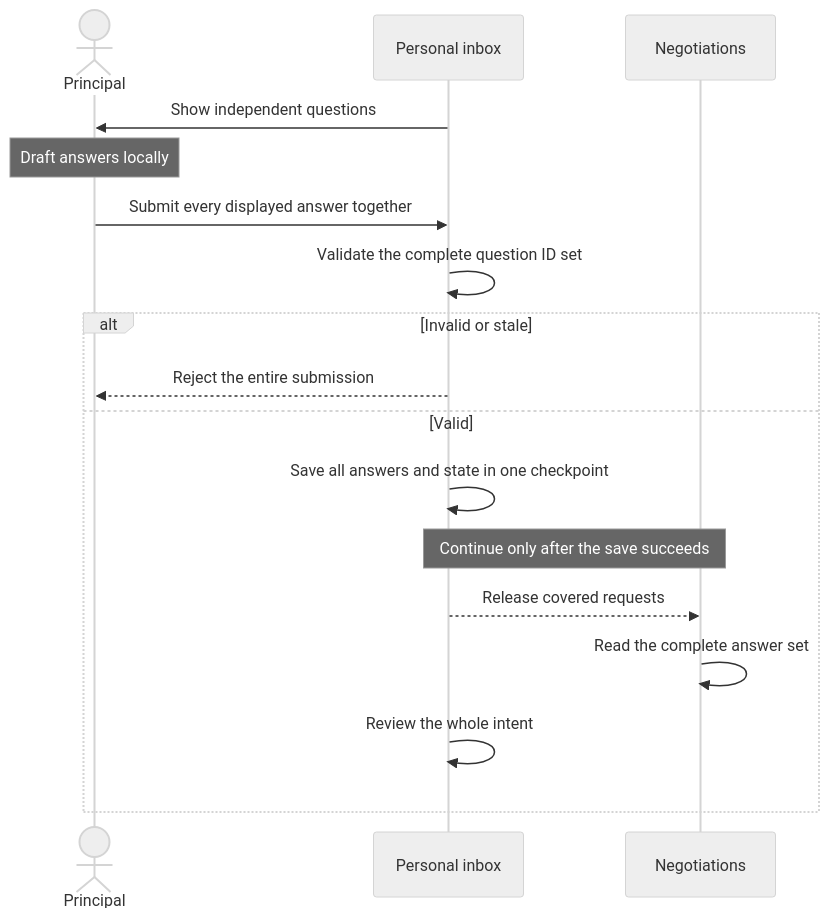
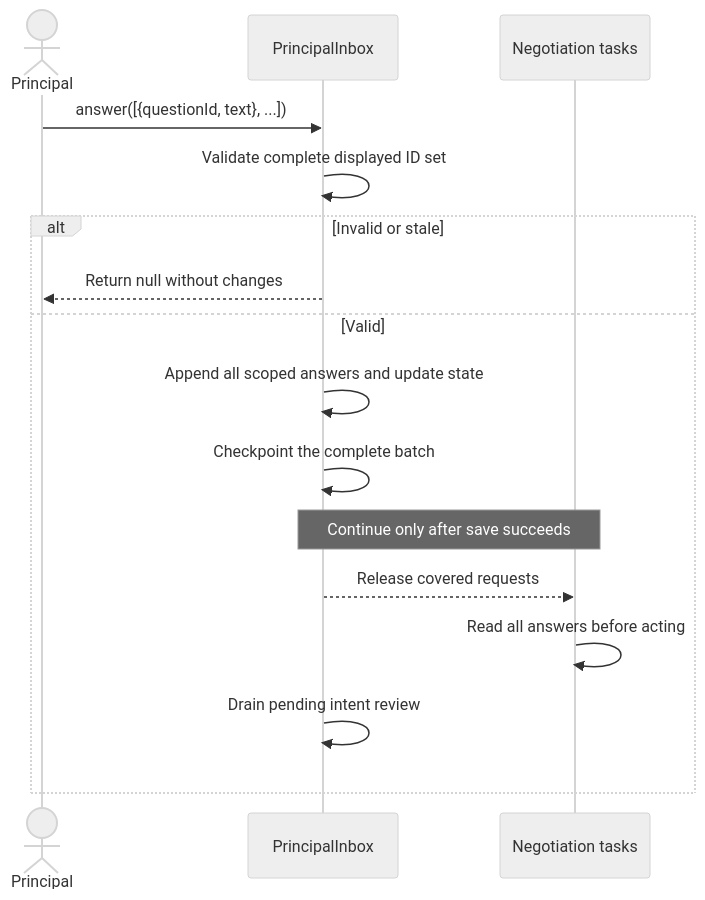
One commit to indexnetwork/index changed the first of 2 diagrams in docs/agent-communication.spec.md. Above: the diagram before and after it, drawn with Mermaid (neutral theme). The commit also changed other lines of this file and 1 other file, not shown here.

````diff
--- a/docs/agent-communication.spec.md
+++ b/docs/agent-communication.spec.md
@@ -67,19 +150,18 @@
 ```mermaid
 sequenceDiagram
     actor U as Principal
-    participant I as Personal inbox
-    participant N as Negotiations
-    I->>U: Show independent questions
-    Note over U: Draft answers locally
-    U->>I: Submit every displayed answer together
-    I->>I: Validate the complete question ID set
+    participant I as PrincipalInbox
+    participant N as Negotiation tasks
+    U->>I: answer([{questionId, text}, ...])
+    I->>I: Validate complete displayed ID set
     alt Invalid or stale
-        I-->>U: Reject the entire submission
+        I-->>U: Return null without changes
     else Valid
-        I->>I: Save all answers and state in one checkpoint
-        Note over I,N: Continue only after the save succeeds
+        I->>I: Append all scoped answers and update state
+        I->>I: Checkpoint the complete batch
+        Note over I,N: Continue only after save succeeds
         I-->>N: Release covered requests
-        N->>N: Read the complete answer set
-        I->>I: Review the whole intent
+        N->>N: Read all answers before acting
+        I->>I: Drain pending intent review
     end
 ```
````
